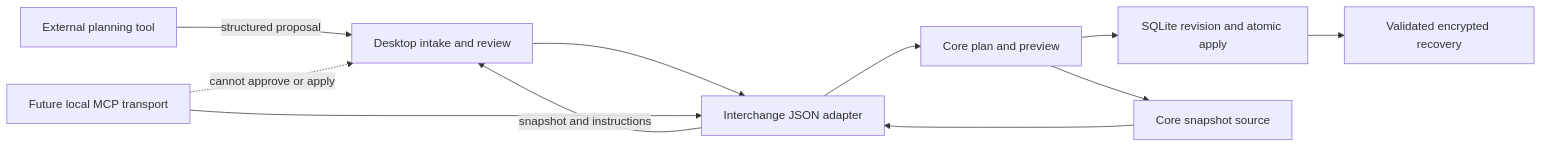
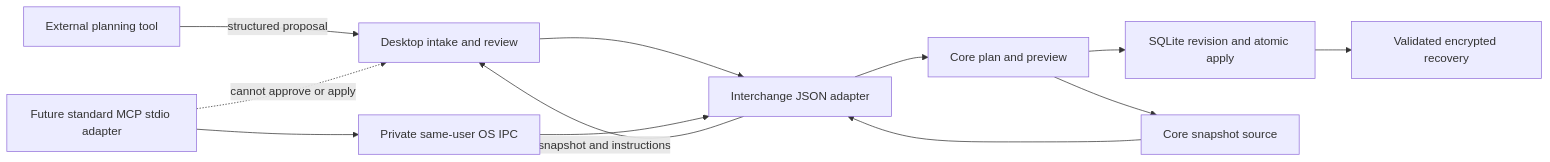
Before and after one commit to nullabletype/dot-orbit: the second of 2 diagrams in docs/architecture/system-context.md, drawn with Mermaid. The commit also changed other lines of this file and 14 other files, not shown here.

````diff
--- a/docs/architecture/system-context.md
+++ b/docs/architecture/system-context.md
@@ -55,13 +55,14 @@
 ```mermaid
 flowchart LR
     External[External planning tool] -->|structured proposal| Desktop[Desktop intake and review]
     Desktop --> Json[Interchange JSON adapter]
     Json --> Core[Core plan and preview]
     Core --> Storage[SQLite revision and atomic apply]
     Storage --> Recovery[Validated encrypted recovery]
     Core --> Generator[Core snapshot source]
     Generator --> Json
     Json -->|snapshot and instructions| Desktop
-    MCP[Future local MCP transport] --> Json
+    MCP[Future standard MCP stdio adapter] --> IPC[Private same-user OS IPC]
+    IPC --> Json
     MCP -. cannot approve or apply .-> Desktop
 ```
````
